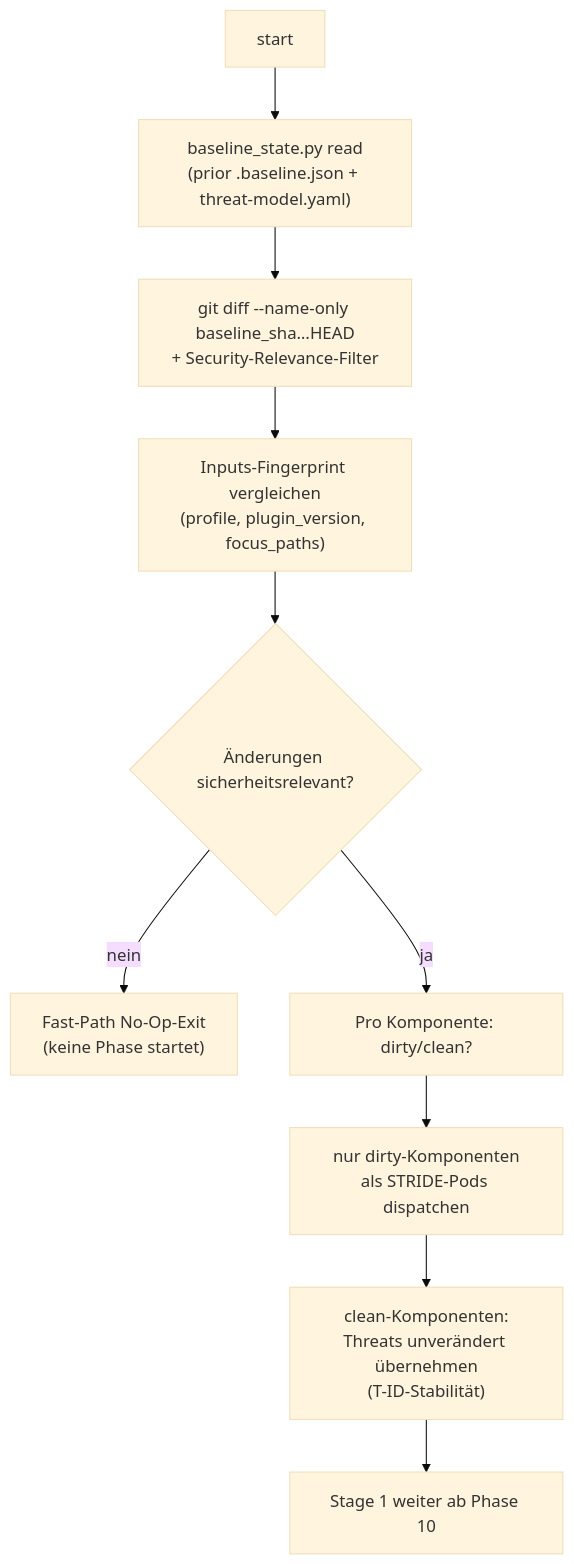
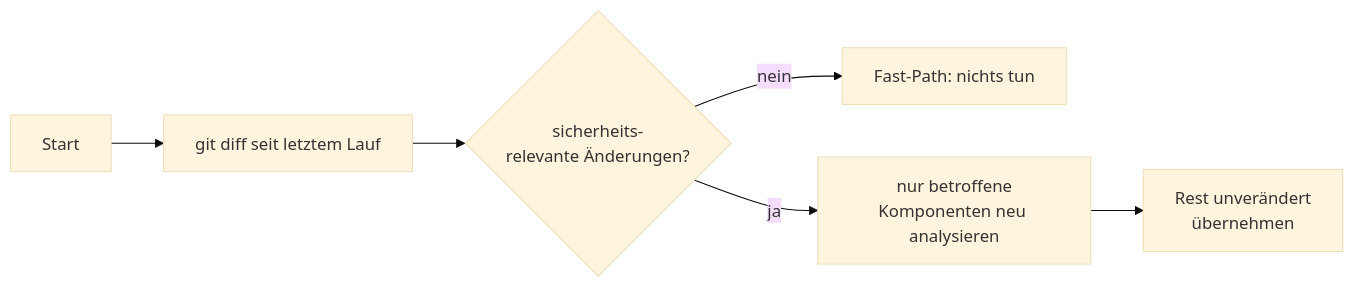
The eighth of 8 diagrams in dev.md (appsec-foundry/appsec-advisor), drawn with Mermaid (base theme) before and after one commit. The commit also changed other lines of this file and 44 other files, not shown here.

````diff
--- a/dev.md
+++ b/dev.md
@@ -683,13 +318,8 @@
 ```mermaid
-flowchart TB
-  s["start"]
-  s --> bs["baseline_state.py read<br/>(prior .baseline.json + threat-model.yaml)"]
-  bs --> diff["git diff --name-only baseline_sha…HEAD<br/>+ Security-Relevance-Filter"]
-  diff --> fp["Inputs-Fingerprint vergleichen<br/>(profile, plugin_version, focus_paths)"]
-  fp --> dec{"Änderungen sicherheitsrelevant?"}
-  dec -- nein --> fastpath["Fast-Path No-Op-Exit<br/>(keine Phase startet)"]
-  dec -- ja --> dirty["Pro Komponente: dirty/clean?"]
-  dirty --> dispatchOnly["nur dirty-Komponenten<br/>als STRIDE-Pods dispatchen"]
-  dispatchOnly --> carry["clean-Komponenten:<br/>Threats unverändert übernehmen<br/>(T-ID-Stabilität)"]
-  carry --> stage1["Stage 1 weiter ab Phase 10"]
+flowchart LR
+  s["Start"] --> g["git diff seit letztem Lauf"]
+  g --> rel{"sicherheits-<br/>relevante Änderungen?"}
+  rel -- nein --> noop["Fast-Path: nichts tun"]
+  rel -- ja --> dirty["nur betroffene<br/>Komponenten neu analysieren"]
+  dirty --> carry["Rest unverändert<br/>übernehmen"]
 ```
````
